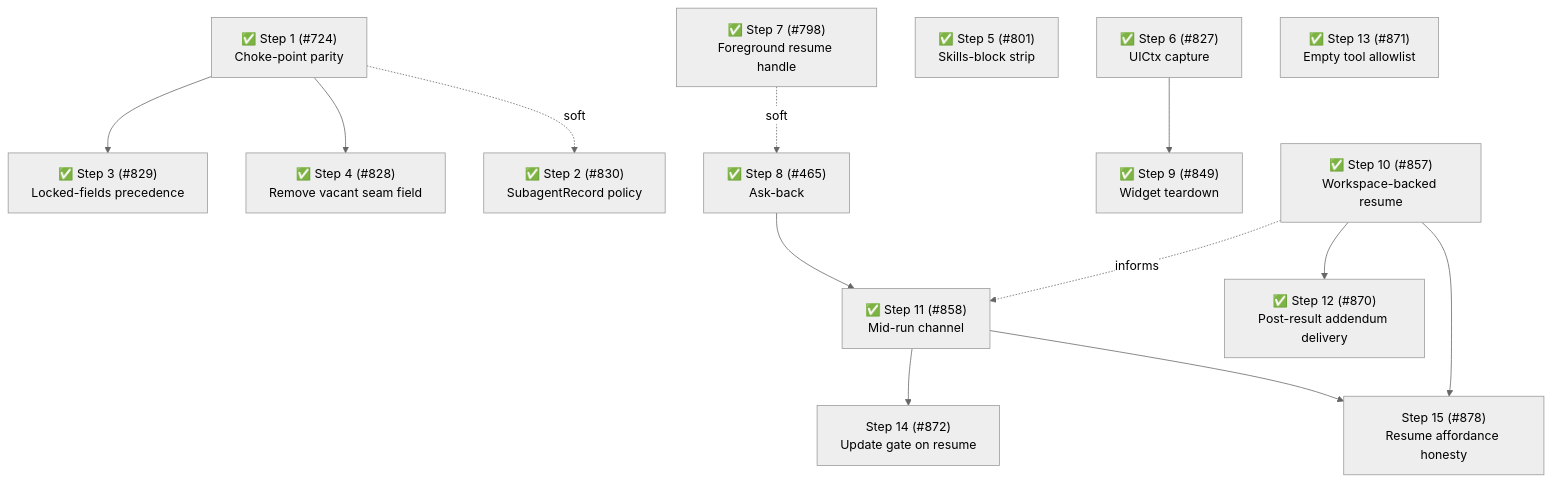
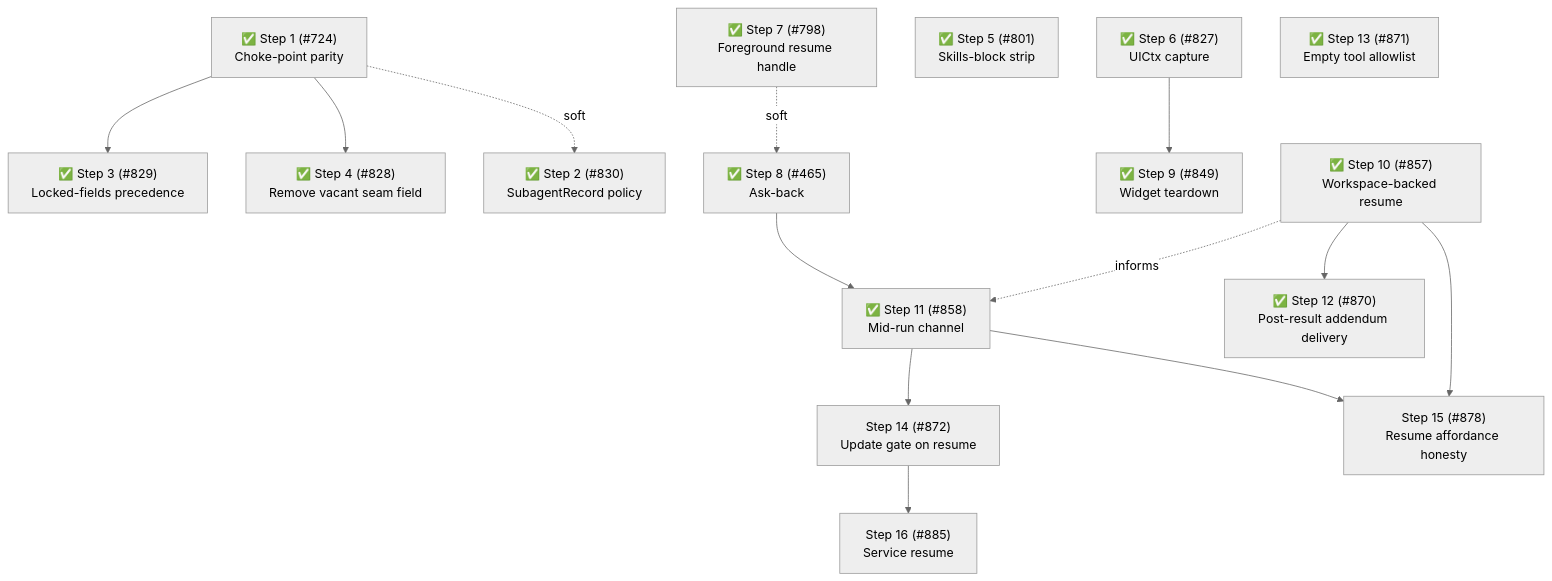
The sixth of 6 diagrams in packages/pi-subagents/docs/architecture/architecture.md (gotgenes/pi-packages), drawn with Mermaid (neutral theme) before and after one commit. The commit also changed other lines of this file, not shown here.

````diff
--- a/packages/pi-subagents/docs/architecture/architecture.md
+++ b/packages/pi-subagents/docs/architecture/architecture.md
@@ -1160,16 +1179,17 @@
 ```mermaid
 flowchart TD
     S1["✅ Step 1 (#724)<br/>Choke-point parity"] --> S3["✅ Step 3 (#829)<br/>Locked-fields precedence"]
     S1 --> S4["✅ Step 4 (#828)<br/>Remove vacant seam field"]
     S1 -.soft.-> S2["✅ Step 2 (#830)<br/>SubagentRecord policy"]
     S7["✅ Step 7 (#798)<br/>Foreground resume handle"] -.soft.-> S8["✅ Step 8 (#465)<br/>Ask-back"]
     S5["✅ Step 5 (#801)<br/>Skills-block strip"]
     S6["✅ Step 6 (#827)<br/>UICtx capture"] --> S9["✅ Step 9 (#849)<br/>Widget teardown"]
     S8 --> S11["✅ Step 11 (#858)<br/>Mid-run channel"]
     S10["✅ Step 10 (#857)<br/>Workspace-backed resume"] -.informs.-> S11
     S10 --> S12["✅ Step 12 (#870)<br/>Post-result addendum delivery"]
     S11 --> S14["Step 14 (#872)<br/>Update gate on resume"]
     S13["✅ Step 13 (#871)<br/>Empty tool allowlist"]
     S10 --> S15["Step 15 (#878)<br/>Resume affordance honesty"]
     S11 --> S15
+    S14 --> S16["Step 16 (#885)<br/>Service resume"]
 ```
````
